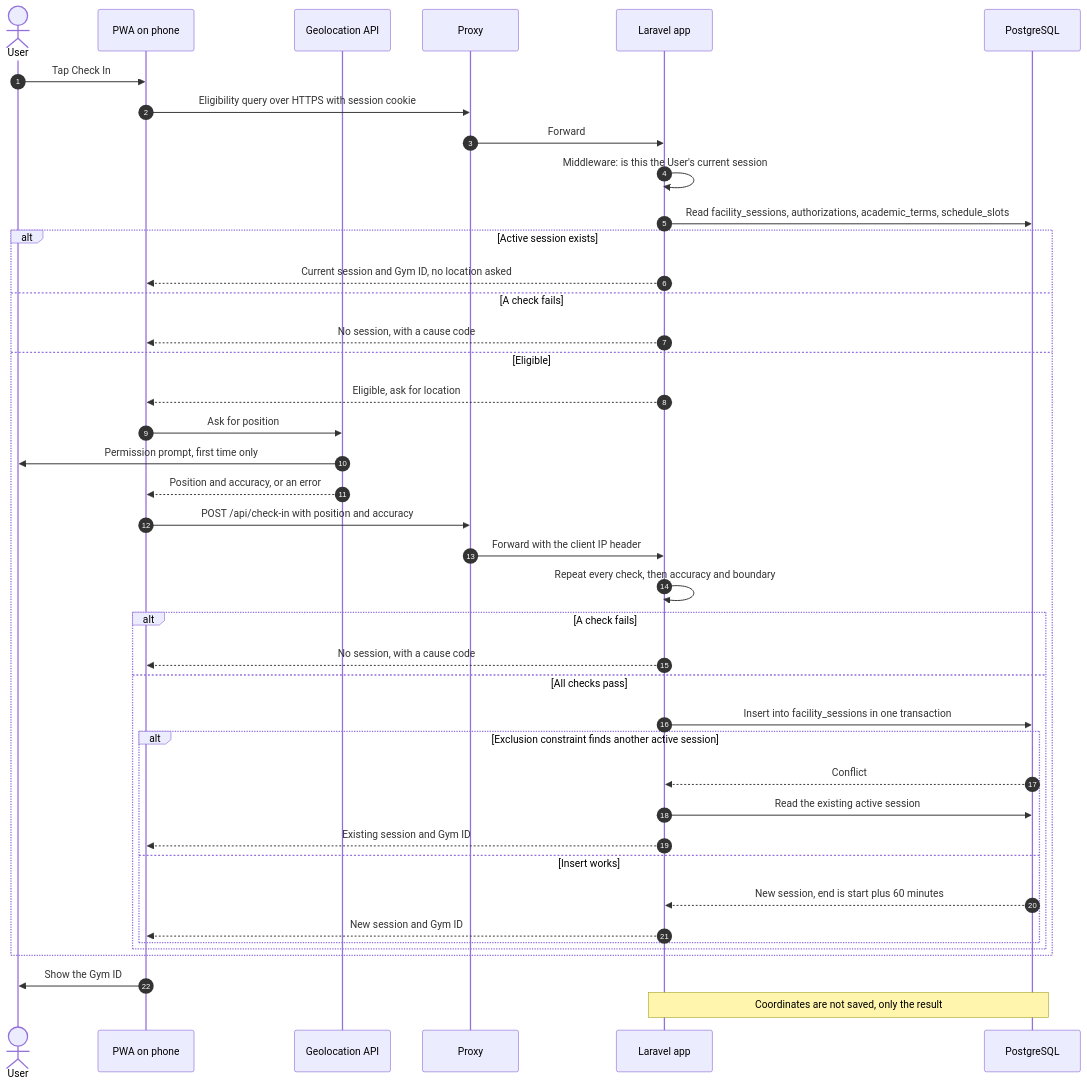
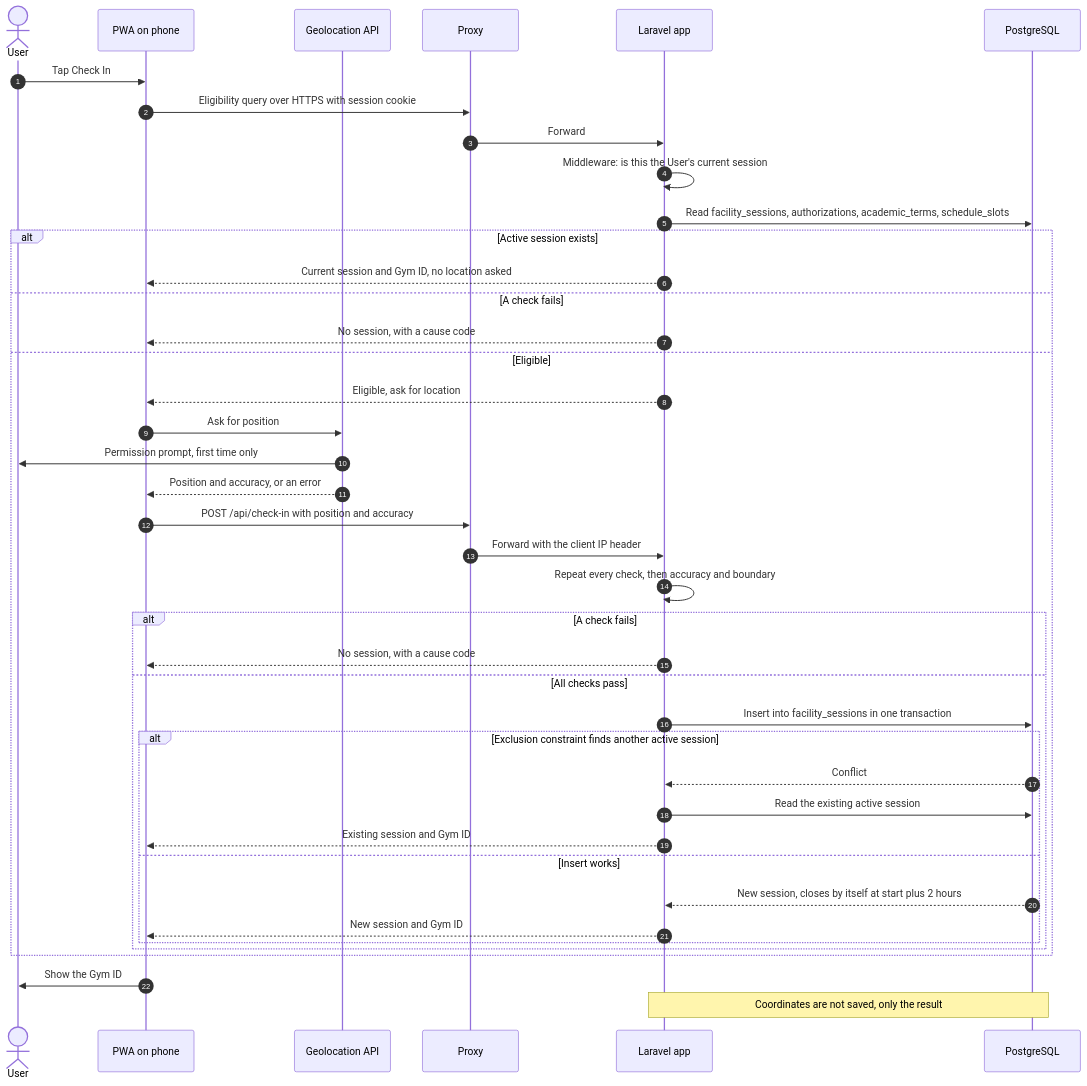
The fifth of 5 diagrams in docs/design/architecture.md (Th3-Minorities/natatorio-gym-app), drawn with Mermaid before and after one commit. The commit also changed other lines of this file and 8 other files, not shown here.

````diff
--- a/docs/design/architecture.md
+++ b/docs/design/architecture.md
@@ -239,44 +239,44 @@
 ```mermaid
 sequenceDiagram
   autonumber
   actor U as User
   participant PWA as PWA on phone
   participant GEO as Geolocation API
   participant PX as Proxy
   participant API as Laravel app
   participant DB as PostgreSQL
 
   U->>PWA: Tap Check In
   PWA->>PX: Eligibility query over HTTPS with session cookie
   PX->>API: Forward
   API->>API: Middleware: is this the User's current session
   API->>DB: Read facility_sessions, authorizations, academic_terms, schedule_slots
   alt Active session exists
     API-->>PWA: Current session and Gym ID, no location asked
   else A check fails
     API-->>PWA: No session, with a cause code
   else Eligible
     API-->>PWA: Eligible, ask for location
     PWA->>GEO: Ask for position
     GEO->>U: Permission prompt, first time only
     GEO-->>PWA: Position and accuracy, or an error
     PWA->>PX: POST /api/check-in with position and accuracy
     PX->>API: Forward with the client IP header
     API->>API: Repeat every check, then accuracy and boundary
     alt A check fails
       API-->>PWA: No session, with a cause code
     else All checks pass
       API->>DB: Insert into facility_sessions in one transaction
       alt Exclusion constraint finds another active session
         DB-->>API: Conflict
         API->>DB: Read the existing active session
         API-->>PWA: Existing session and Gym ID
       else Insert works
-        DB-->>API: New session, end is start plus 60 minutes
+        DB-->>API: New session, closes by itself at start plus 2 hours
         API-->>PWA: New session and Gym ID
       end
     end
   end
   PWA->>U: Show the Gym ID
   Note over API,DB: Coordinates are not saved, only the result
 ```
````
